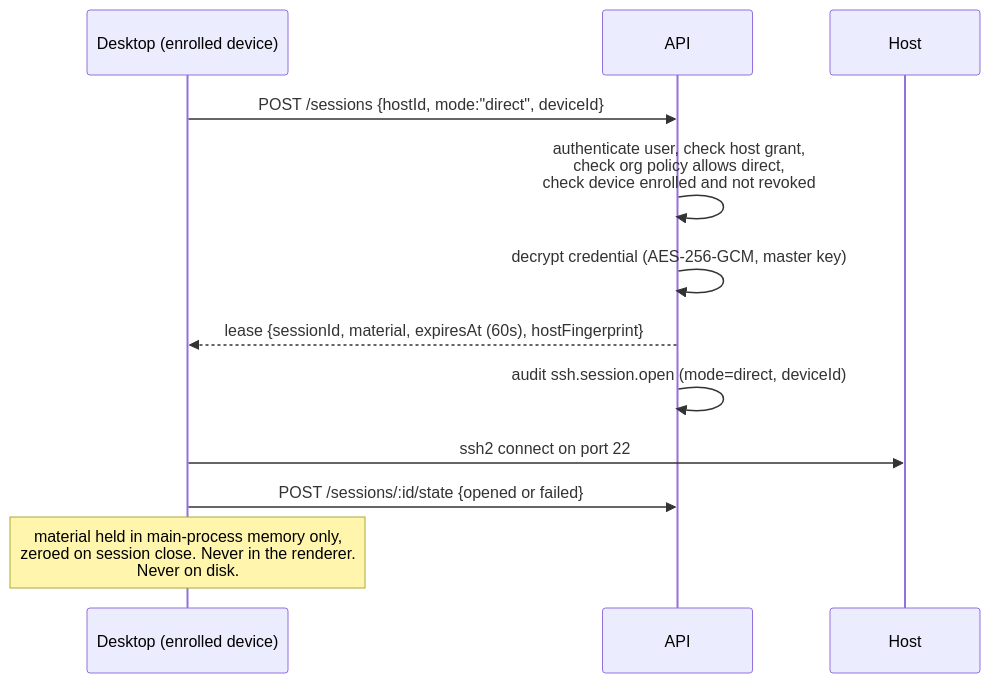
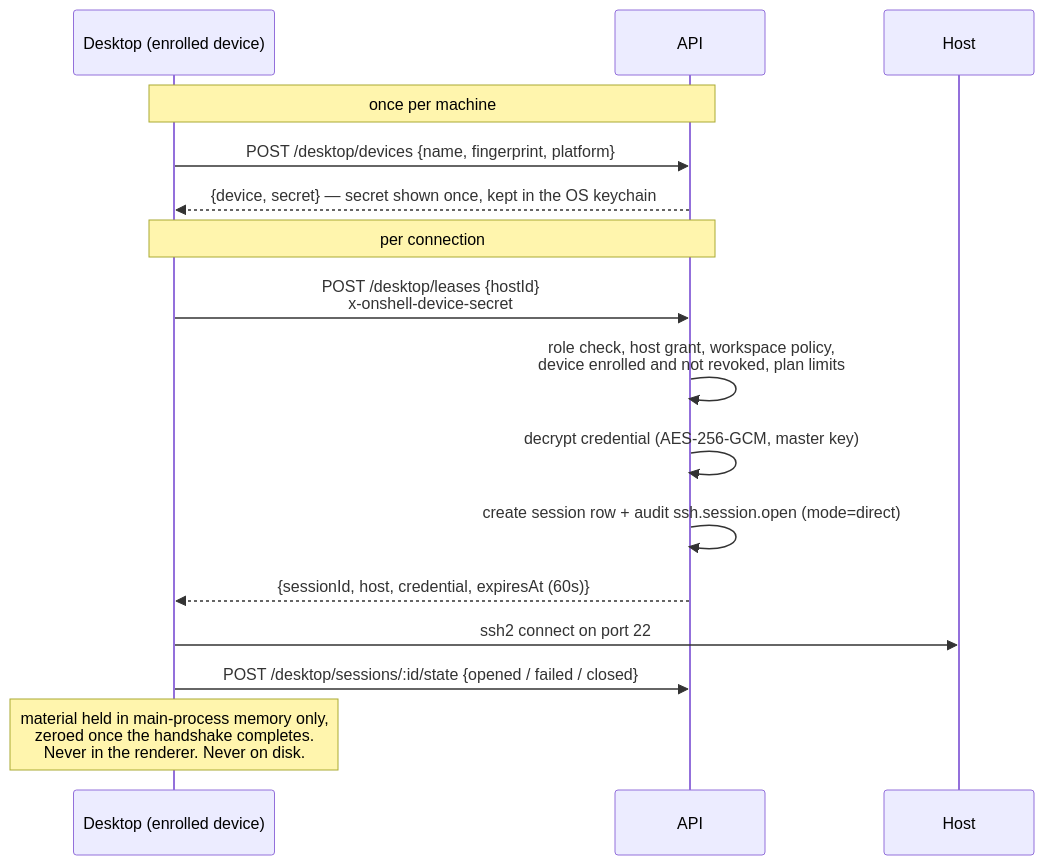
The second of 2 diagrams in docs/desktop.md (latifurrahmanlemon/onshell.cloud), drawn with Mermaid before and after one commit. The commit also changed other lines of this file and 15 other files, not shown here.

````diff
--- a/docs/desktop.md
+++ b/docs/desktop.md
@@ -100,15 +100,20 @@
 ```mermaid
 sequenceDiagram
   participant D as Desktop (enrolled device)
   participant A as API
   participant H as Host
 
-  D->>A: POST /sessions {hostId, mode:"direct", deviceId}
-  A->>A: authenticate user, check host grant,<br/>check org policy allows direct,<br/>check device enrolled and not revoked
+  Note over D,A: once per machine
+  D->>A: POST /desktop/devices {name, fingerprint, platform}
+  A-->>D: {device, secret}  — secret shown once, kept in the OS keychain
+
+  Note over D,A: per connection
+  D->>A: POST /desktop/leases {hostId}<br/>x-onshell-device-secret
+  A->>A: role check, host grant, workspace policy,<br/>device enrolled and not revoked, plan limits
   A->>A: decrypt credential (AES-256-GCM, master key)
-  A-->>D: lease {sessionId, material, expiresAt (60s), hostFingerprint}
-  A->>A: audit ssh.session.open (mode=direct, deviceId)
+  A->>A: create session row + audit ssh.session.open (mode=direct)
+  A-->>D: {sessionId, host, credential, expiresAt (60s)}
   D->>H: ssh2 connect on port 22
-  D->>A: POST /sessions/:id/state {opened or failed}
-  Note over D: material held in main-process memory only,<br/>zeroed on session close. Never in the renderer.<br/>Never on disk.
+  D->>A: POST /desktop/sessions/:id/state {opened / failed / closed}
+  Note over D: material held in main-process memory only,<br/>zeroed once the handshake completes.<br/>Never in the renderer. Never on disk.
 ```
````
